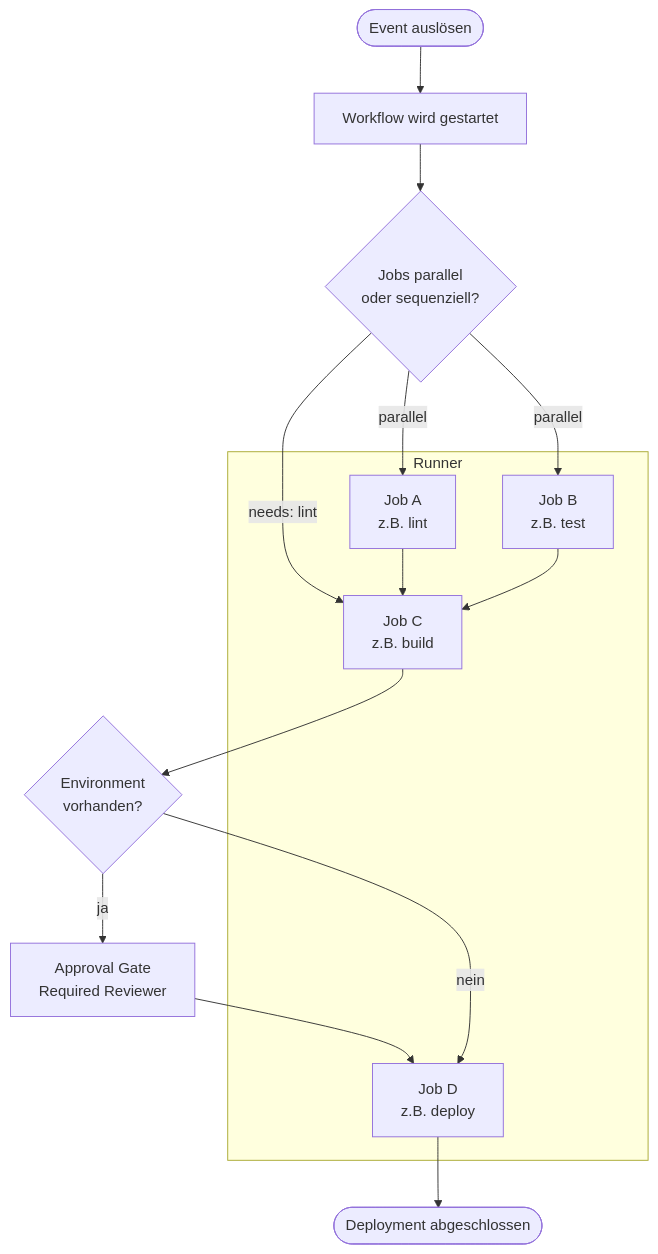
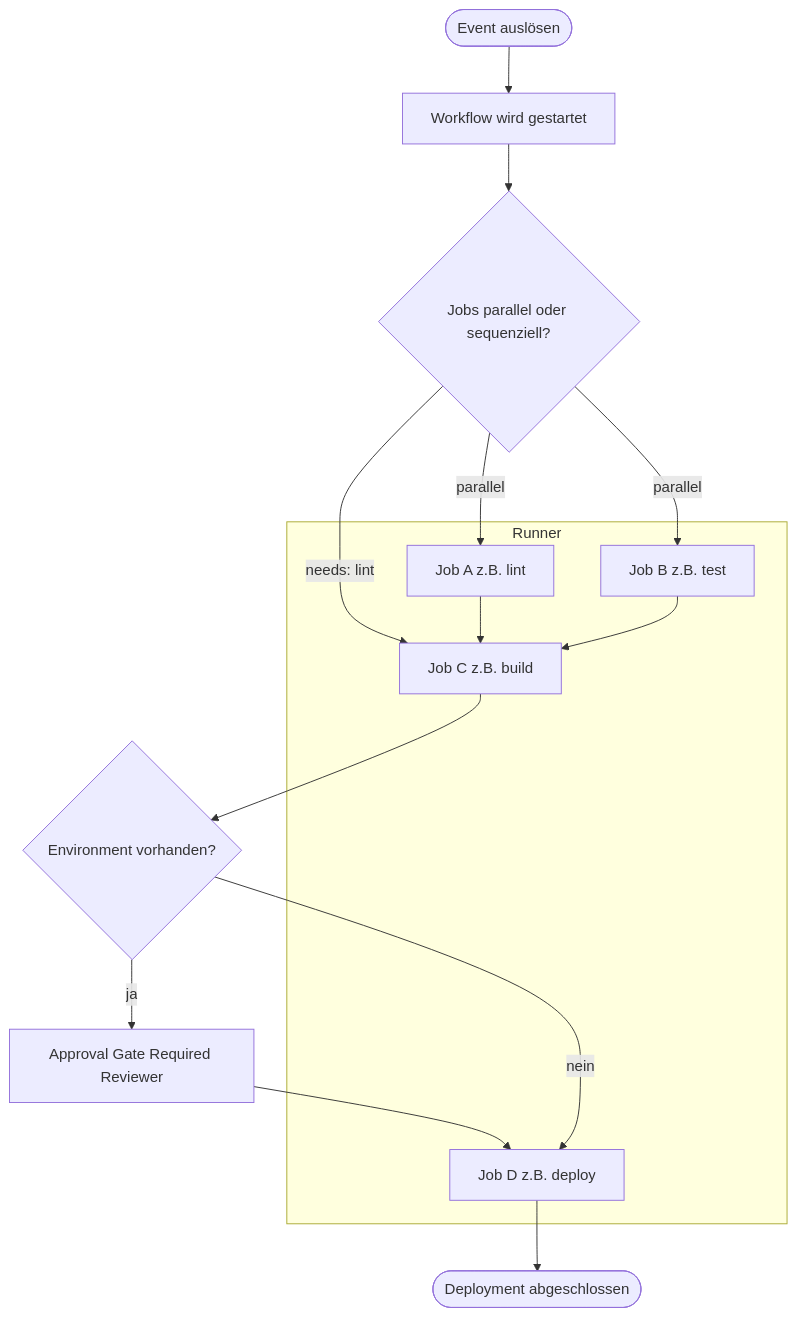
One commit to SoniiiT/notes-n-docs changed the diagram in Microsoft 365/GitHub/GitHub Actions.md. Above: the diagram before and after it, drawn with Mermaid. The commit also changed 124 other files, not shown here.

First line of the commit message:
fix: Entferne \n aus allen Mermaid-Diagrammen (125 Dateien)

````diff
--- a/Microsoft 365/GitHub/GitHub Actions.md
+++ b/Microsoft 365/GitHub/GitHub Actions.md
@@ -30,22 +30,22 @@
 ```mermaid
 flowchart TD
     A([Event auslösen]) --> B[Workflow wird gestartet]
-    B --> C{Jobs parallel\noder sequenziell?}
-    C -->|parallel| D[Job A\nz.B. lint]
-    C -->|parallel| E[Job B\nz.B. test]
-    C -->|needs: lint| F[Job C\nz.B. build]
+    B --> C{Jobs parallel oder sequenziell?}
+    C -->|parallel| D[Job A z.B. lint]
+    C -->|parallel| E[Job B z.B. test]
+    C -->|needs: lint| F[Job C z.B. build]
     D --> F
     E --> F
-    F --> G{Environment\nvorhanden?}
-    G -->|ja| H[Approval Gate\nRequired Reviewer]
-    H --> I[Job D\nz.B. deploy]
+    F --> G{Environment vorhanden?}
+    G -->|ja| H[Approval Gate Required Reviewer]
+    H --> I[Job D z.B. deploy]
     G -->|nein| I
     I --> J([Deployment abgeschlossen])
 
     subgraph Runner
         D
         E
         F
         I
     end
 ```
````
